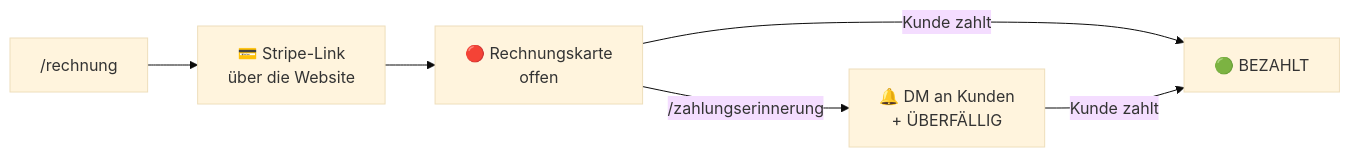
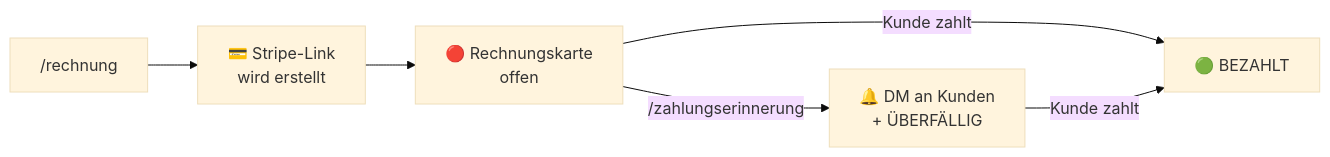
Before and after one commit to xristosgevo/gws-dc-bot: the second of 2 diagrams in README.md, drawn with Mermaid (base theme). The commit also changed other lines of this file and 11 other files, not shown here.

````diff
--- a/README.md
+++ b/README.md
@@ -99,8 +83,8 @@
 ```mermaid
 flowchart LR
-    A["/rechnung"] --> B["💳 Stripe-Link<br/>über die Website"]
+    A["/rechnung"] --> B["💳 Stripe-Link<br/>wird erstellt"]
     B --> C["🔴 Rechnungskarte<br/>offen"]
     C -->|"Kunde zahlt"| D["🟢 BEZAHLT"]
     C -->|"/zahlungserinnerung"| E["🔔 DM an Kunden<br/>+ ÜBERFÄLLIG"]
     E -->|"Kunde zahlt"| D
 ```
````
